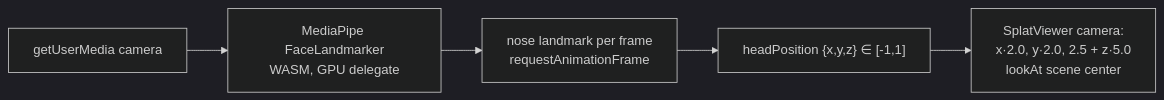
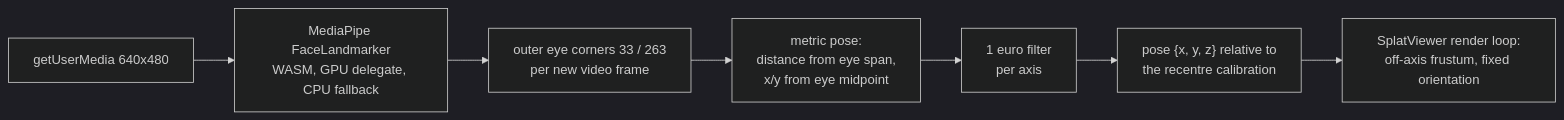
Before and after one commit to companionintelligence/CI-Spatial-Photo: the fifth of 7 diagrams in docs/UI-GUIDE.md, drawn with Mermaid (dark theme). The commit also changed other lines of this file and 61 other files, not shown here.

````diff
--- a/docs/UI-GUIDE.md
+++ b/docs/UI-GUIDE.md
@@ -202,7 +247,9 @@
 ```mermaid
 flowchart LR
-    A[getUserMedia camera] --> B[MediaPipe FaceLandmarker\nWASM, GPU delegate]
-    B --> C[nose landmark per frame\nrequestAnimationFrame]
-    C --> D["headPosition {x,y,z} ∈ [-1,1]"]
-    D --> E[SplatViewer camera:\nx·2.0, y·2.0, 2.5 + z·5.0\nlookAt scene center]
+    A[getUserMedia 640x480] --> B[MediaPipe FaceLandmarker\nWASM, GPU delegate, CPU fallback]
+    B --> C[outer eye corners 33 / 263\nper new video frame]
+    C --> D[metric pose:\ndistance from eye span,\nx/y from eye midpoint]
+    D --> E[1 euro filter\nper axis]
+    E --> F["pose {x, y, z} relative to\nthe recentre calibration"]
+    F --> G[SplatViewer render loop:\noff-axis frustum, fixed orientation]
 ```
````
